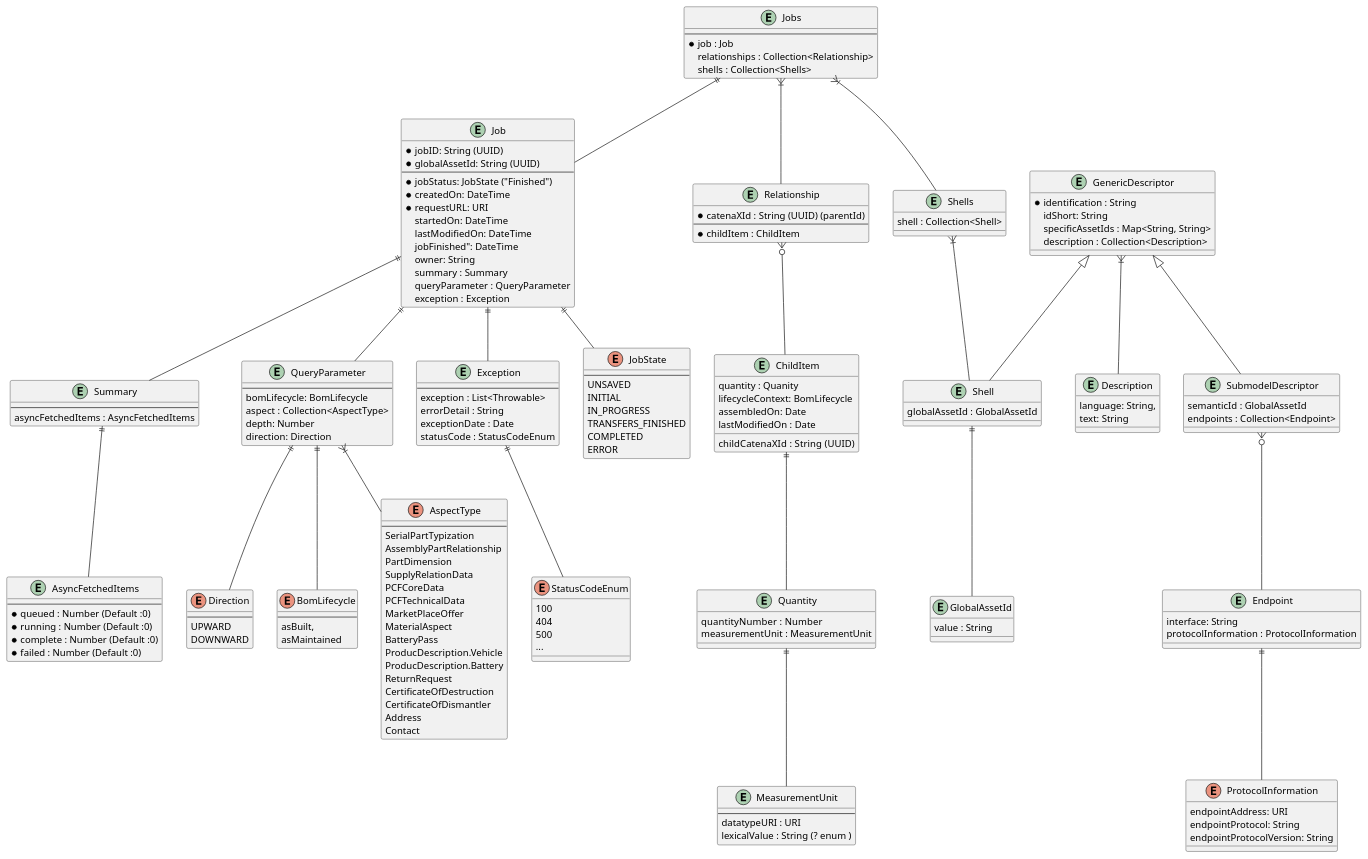
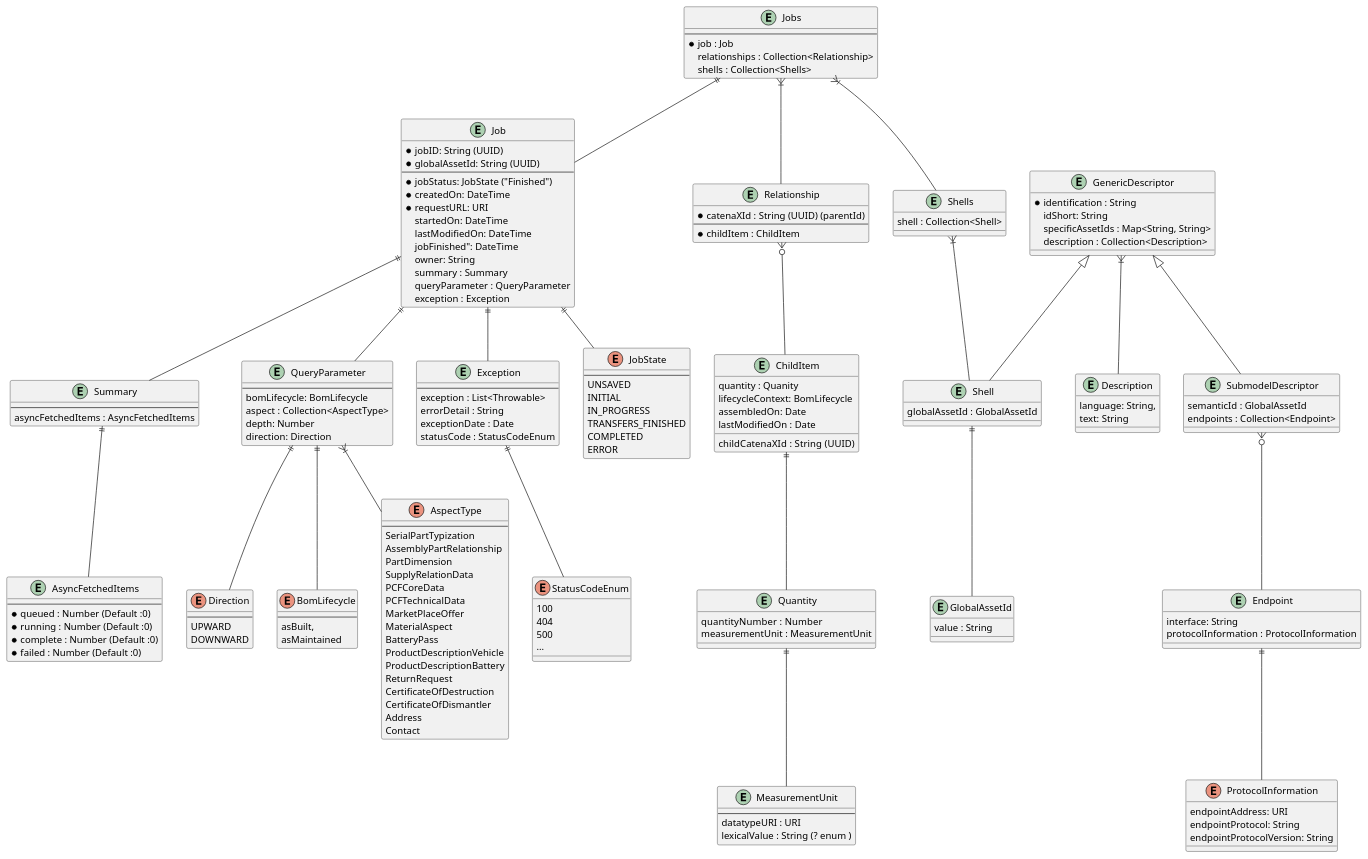
One commit to eclipse-tractusx/item-relationship-service changed the diagram in uml-diagramms/partRelationshipsWithInfos-modelv0.2.puml. Above: the diagram before and after it, drawn with PlantUML. The commit also changed 42 other files, not shown here.

```diff
--- a/uml-diagramms/partRelationshipsWithInfos-modelv0.2.puml
+++ b/uml-diagramms/partRelationshipsWithInfos-modelv0.2.puml
@@ -1,194 +1,194 @@
 @startuml
 entity Jobs {
     ---
     * job : Job
     relationships : Collection<Relationship>
     shells : Collection<Shells>
 }
 
 entity Job {
      * jobID: String (UUID)
      * globalAssetId: String (UUID)
      ---
      * jobStatus: JobState ("Finished")
      * createdOn: DateTime
      * requestURL: URI
      startedOn: DateTime
      lastModifiedOn: DateTime
      jobFinished": DateTime
      owner: String
      summary : Summary
      queryParameter : QueryParameter
      exception : Exception
 }
 
 entity Summary {
     ---
     asyncFetchedItems : AsyncFetchedItems
 }
 
 entity AsyncFetchedItems {
     ---
     * queued : Number (Default :0)
     * running : Number (Default :0)
     * complete : Number (Default :0)
     * failed : Number (Default :0)
 }
 
 entity QueryParameter {
      ---
      bomLifecycle: BomLifecycle
      aspect : Collection<AspectType>
      depth: Number
      direction: Direction
 }
 
 QueryParameter ||--  Direction
 QueryParameter ||--  BomLifecycle
 QueryParameter }|--  AspectType
 Summary ||--  AsyncFetchedItems
 Job ||-- QueryParameter
 
 
 enum Direction {
     ---
     UPWARD
     DOWNWARD
 }
 
 enum BomLifecycle {
     ---
     asBuilt,
     asMaintained
 }
 
 enum AspectType {
     ---
     SerialPartTypization
 	AssemblyPartRelationship
 	PartDimension
 	SupplyRelationData
 	PCFCoreData
 	PCFTechnicalData
 	MarketPlaceOffer
 	MaterialAspect
 	BatteryPass
-	ProducDescription.Vehicle
-	ProducDescription.Battery
+	ProductDescriptionVehicle
+	ProductDescriptionBattery
 	ReturnRequest
 	CertificateOfDestruction
 	CertificateOfDismantler
 	Address
 	Contact
 }
 
 entity Exception {
     ---
     exception : List<Throwable>
     errorDetail : String
     exceptionDate : Date
     statusCode : StatusCodeEnum
 }
 
 enum  StatusCodeEnum {
     100
     404
     500
     ...
 }
 
 enum JobState {
     ---
     UNSAVED
     INITIAL
     IN_PROGRESS
     TRANSFERS_FINISHED
     COMPLETED
     ERROR
 }
 
 entity Relationship {
    * catenaXId : String (UUID) (parentId)
 --
   * childItem : ChildItem
  }
 
 entity ChildItem {
     quantity : Quanity
     lifecycleContext: BomLifecycle
     assembledOn: Date
     lastModifiedOn : Date
     childCatenaXId  : String (UUID)
 }
 
 entity Quantity {
     quantityNumber  : Number
     measurementUnit : MeasurementUnit
 }
 
 entity MeasurementUnit {
     --
     datatypeURI : URI
     lexicalValue : String (? enum )
 }
 
 Quantity  ||-- MeasurementUnit
 ChildItem ||-- Quantity
 
 entity Shells {
     shell : Collection<Shell>
 }
 
 entity Description {
      language: String,
      text: String
 }
 
 entity GenericDescriptor {
      * identification : String
      idShort: String
      specificAssetIds : Map<String, String>
      description : Collection<Description>
 }
 
 entity Shell {
     globalAssetId : GlobalAssetId
 }
 
 entity GlobalAssetId {
     value : String
 }
 
 entity SubmodelDescriptor {
     semanticId : GlobalAssetId
     endpoints : Collection<Endpoint>
 }
 
 entity Endpoint {
     interface: String
     protocolInformation : ProtocolInformation
 }
 
 enum ProtocolInformation {
      endpointAddress: URI
      endpointProtocol: String
      endpointProtocolVersion: String
 }
 
 Jobs ||-- Job
 Jobs }|-- Relationship
 Jobs }|-- Shells
 Job ||-- JobState
 Job ||-- Summary
 Job ||--  Exception
 Shells }|-- Shell
 GenericDescriptor }|-- Description
 Shell ||-- GlobalAssetId
 GenericDescriptor <|-- Shell
 GenericDescriptor <|-- SubmodelDescriptor
 Endpoint ||--  ProtocolInformation
 Relationship }o-- ChildItem
 SubmodelDescriptor }o-- Endpoint
 Exception ||-- StatusCodeEnum
 
 @enduml
```
